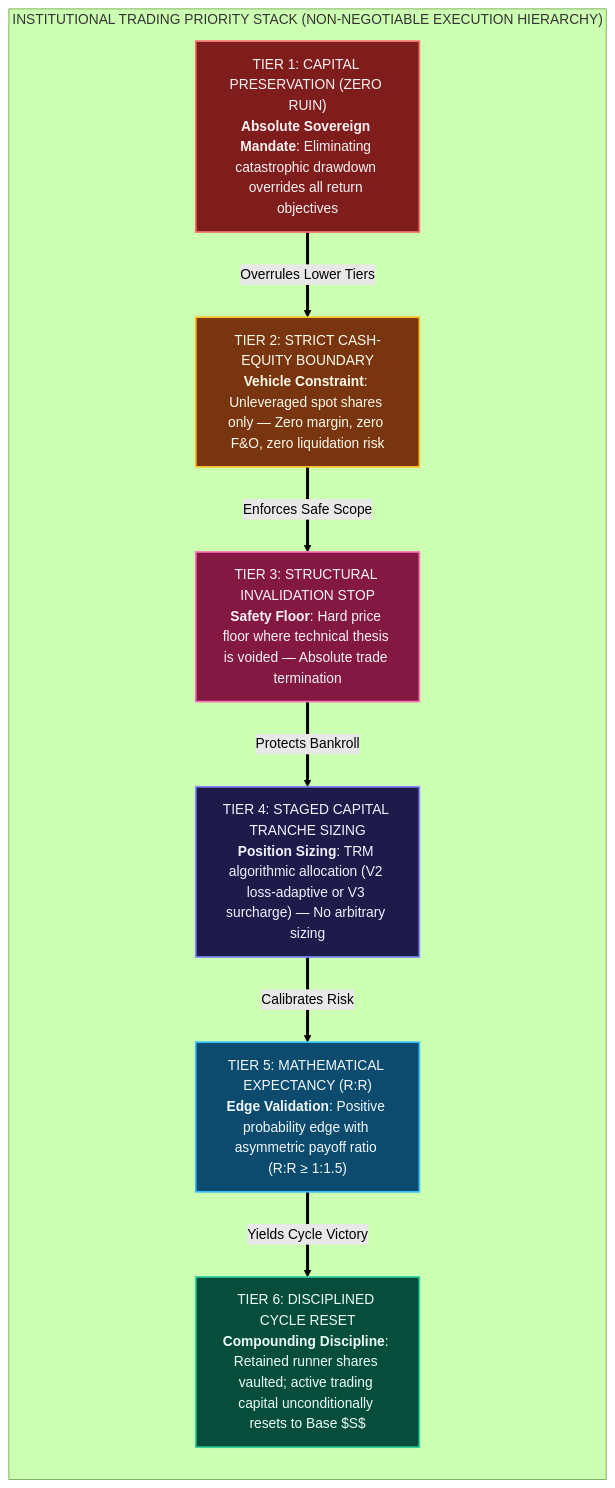
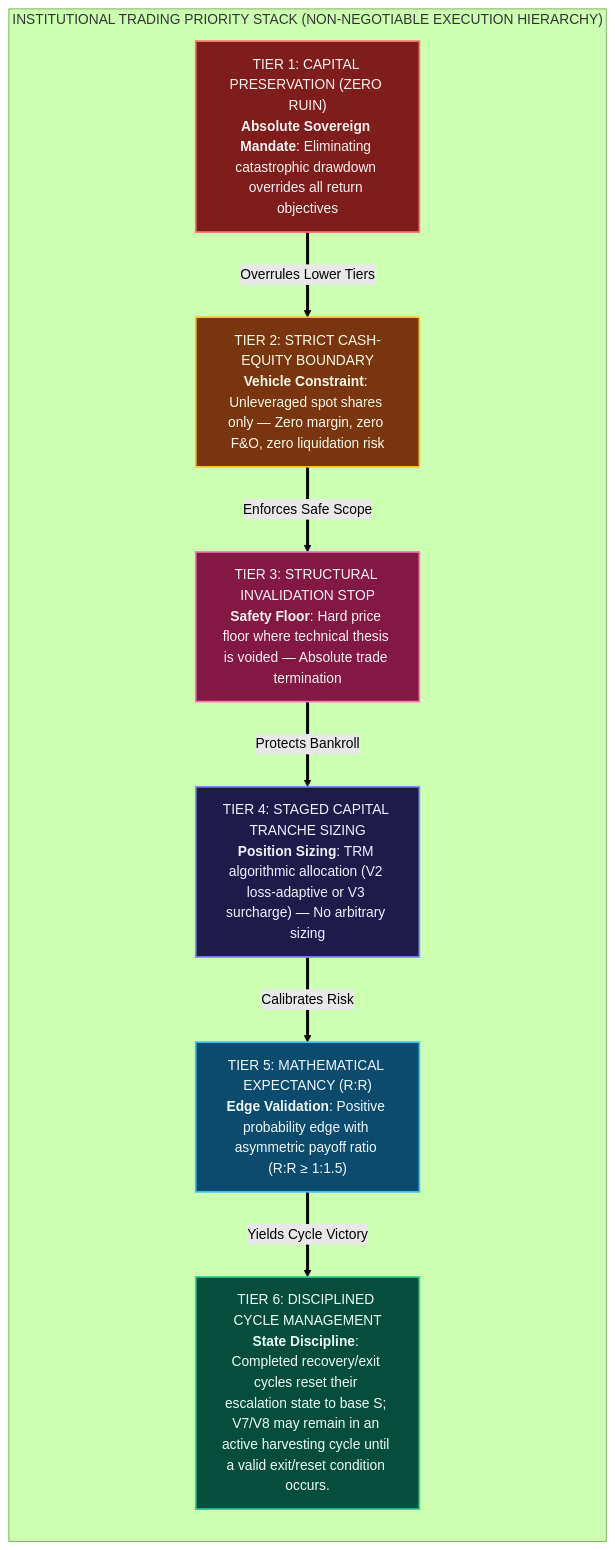
The second of 8 diagrams in .skills/.Stock_Market_Skills/TRM_ Strategies/TRM_Algorithm_Skill.md (SaiTeja301/Stock_Market_Portfolio_Analysis), drawn with Mermaid (forest theme) before and after one commit. The commit also changed other lines of this file and 28 other files, not shown here.

````diff
--- a/.skills/.Stock_Market_Skills/TRM_ Strategies/TRM_Algorithm_Skill.md
+++ b/.skills/.Stock_Market_Skills/TRM_ Strategies/TRM_Algorithm_Skill.md
@@ -163,32 +257,32 @@
 ```mermaid
 flowchart TD
     subgraph PriorityStack ["INSTITUTIONAL TRADING PRIORITY STACK (NON-NEGOTIABLE EXECUTION HIERARCHY)"]
         direction TB
         L1["TIER 1: CAPITAL PRESERVATION (ZERO RUIN)<br/><b>Absolute Sovereign Mandate</b>: Eliminating catastrophic drawdown overrides all return objectives"]
         L2["TIER 2: STRICT CASH-EQUITY BOUNDARY<br/><b>Vehicle Constraint</b>: Unleveraged spot shares only — Zero margin, zero F&O, zero liquidation risk"]
         L3["TIER 3: STRUCTURAL INVALIDATION STOP<br/><b>Safety Floor</b>: Hard price floor where technical thesis is voided — Absolute trade termination"]
         L4["TIER 4: STAGED CAPITAL TRANCHE SIZING<br/><b>Position Sizing</b>: TRM algorithmic allocation (V2 loss-adaptive or V3 surcharge) — No arbitrary sizing"]
         L5["TIER 5: MATHEMATICAL EXPECTANCY (R:R)<br/><b>Edge Validation</b>: Positive probability edge with asymmetric payoff ratio (R:R ≥ 1:1.5)"]
-        L6["TIER 6: DISCIPLINED CYCLE RESET<br/><b>Compounding Discipline</b>: Retained runner shares vaulted; active trading capital unconditionally resets to Base $S$"]
+        L6["TIER 6: DISCIPLINED CYCLE MANAGEMENT<br/><b>State Discipline</b>: Completed recovery/exit cycles reset their escalation state to base S; V7/V8 may remain in an active harvesting cycle until a valid exit/reset condition occurs."]
 
         L1 ==>|Overrules Lower Tiers| L2
         L2 ==>|Enforces Safe Scope| L3
         L3 ==>|Protects Bankroll| L4
         L4 ==>|Calibrates Risk| L5
         L5 ==>|Yields Cycle Victory| L6
     end
 
     classDef t1 fill:#7F1D1D,stroke:#F87171,stroke-width:2px,color:#FEF2F2;
     classDef t2 fill:#78350F,stroke:#FBBF24,stroke-width:2px,color:#FFFBEB;
     classDef t3 fill:#831843,stroke:#F472B6,stroke-width:2px,color:#FDF2F8;
     classDef t4 fill:#1E1B4B,stroke:#818CF8,stroke-width:2px,color:#EEF2FF;
     classDef t5 fill:#0C4A6E,stroke:#38BDF8,stroke-width:2px,color:#F0F9FF;
     classDef t6 fill:#064E3B,stroke:#34D399,stroke-width:2px,color:#ECFDF5;
 
     class L1 t1;
     class L2 t2;
     class L3 t3;
     class L4 t4;
     class L5 t5;
     class L6 t6;
 ```
````
